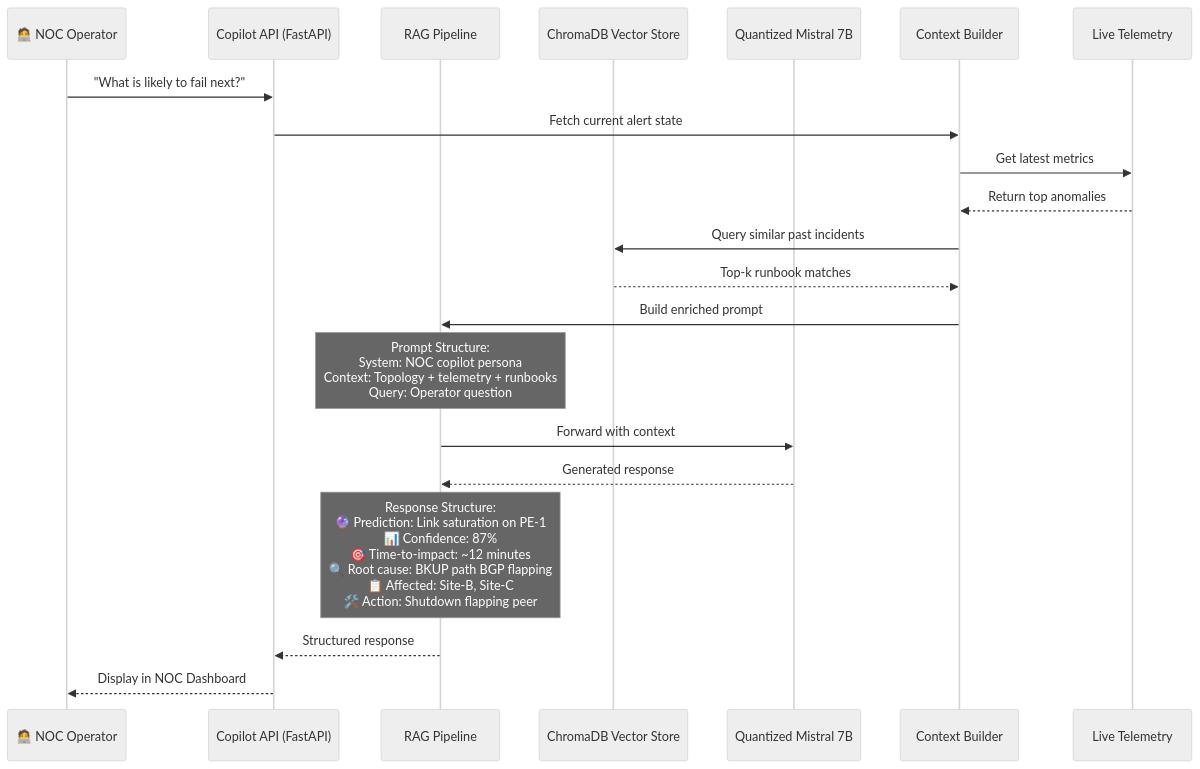
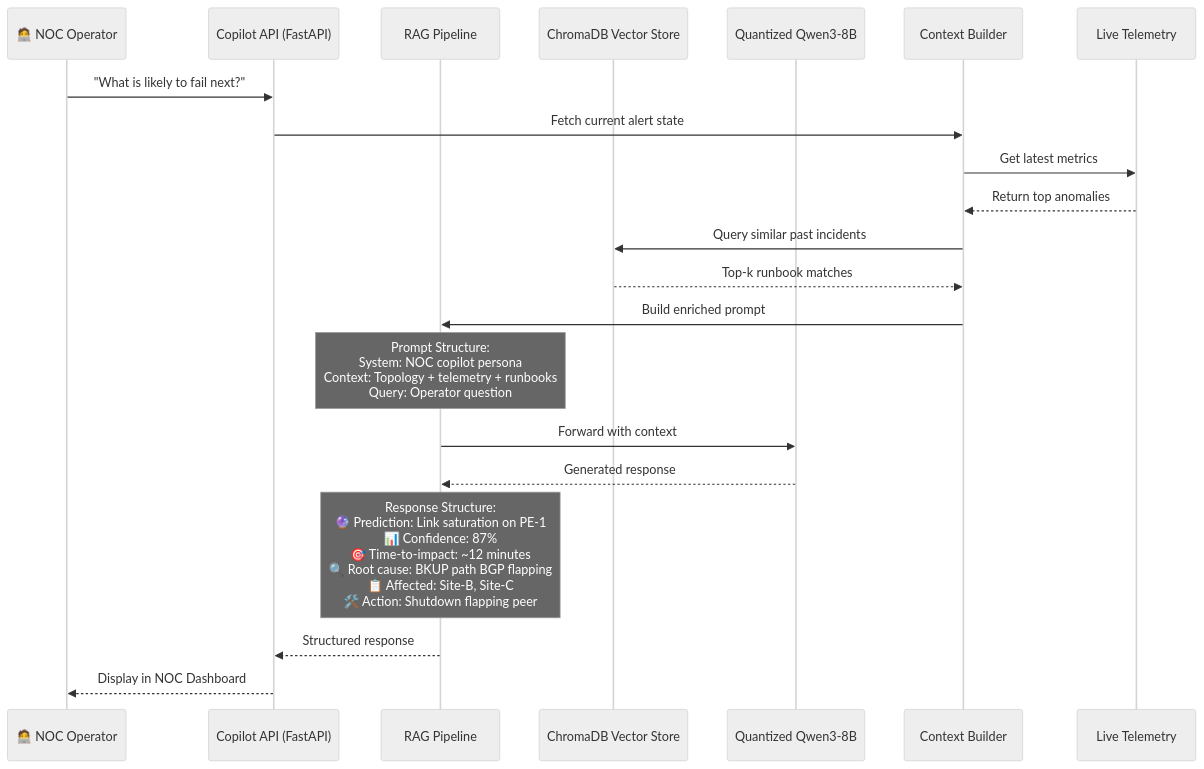
The fourth of 8 diagrams in info/flow.md (ADITYA02NM/ISRO2026), drawn with Mermaid (neutral theme) before and after one commit. The commit also changed other lines of this file and 5 other files, not shown here.

````diff
--- a/info/flow.md
+++ b/info/flow.md
@@ -167,28 +167,28 @@
 ```mermaid
 sequenceDiagram
     participant Operator as 🧑‍💻 NOC Operator
     participant API as Copilot API (FastAPI)
     participant RAG as RAG Pipeline
     participant VDB as ChromaDB Vector Store
-    participant LLM as Quantized Mistral 7B
+    participant LLM as Quantized Qwen3-8B
     participant CTX as Context Builder
     participant TELE as Live Telemetry
 
     Operator->>API: "What is likely to fail next?"
     API->>CTX: Fetch current alert state
     CTX->>TELE: Get latest metrics
     TELE-->>CTX: Return top anomalies
     CTX->>VDB: Query similar past incidents
     VDB-->>CTX: Top-k runbook matches
     CTX->>RAG: Build enriched prompt
 
     Note over RAG: Prompt Structure:<br/>System: NOC copilot persona<br/>Context: Topology + telemetry + runbooks<br/>Query: Operator question
 
     RAG->>LLM: Forward with context
     LLM-->>RAG: Generated response
 
     Note over RAG: Response Structure:<br/>🔮 Prediction: Link saturation on PE-1<br/>📊 Confidence: 87%<br/>🎯 Time-to-impact: ~12 minutes<br/>🔍 Root cause: BKUP path BGP flapping<br/>📋 Affected: Site-B, Site-C<br/>🛠️ Action: Shutdown flapping peer
 
     RAG-->>API: Structured response
     API-->>Operator: Display in NOC Dashboard
 ```
````
